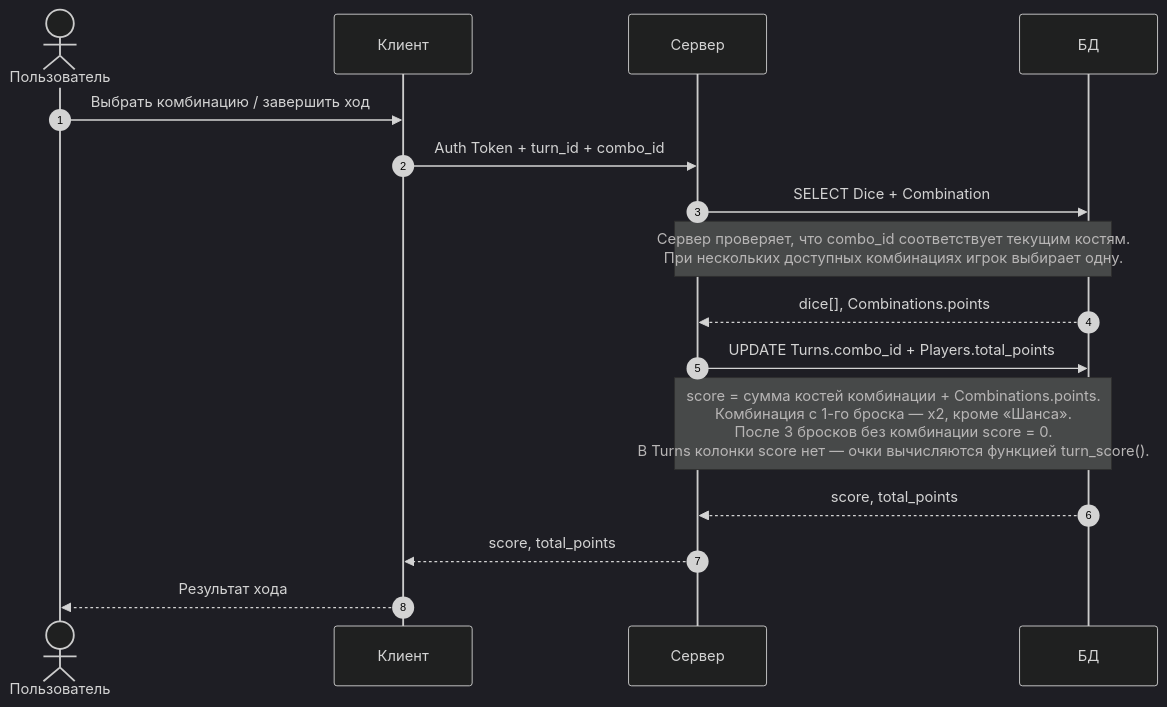
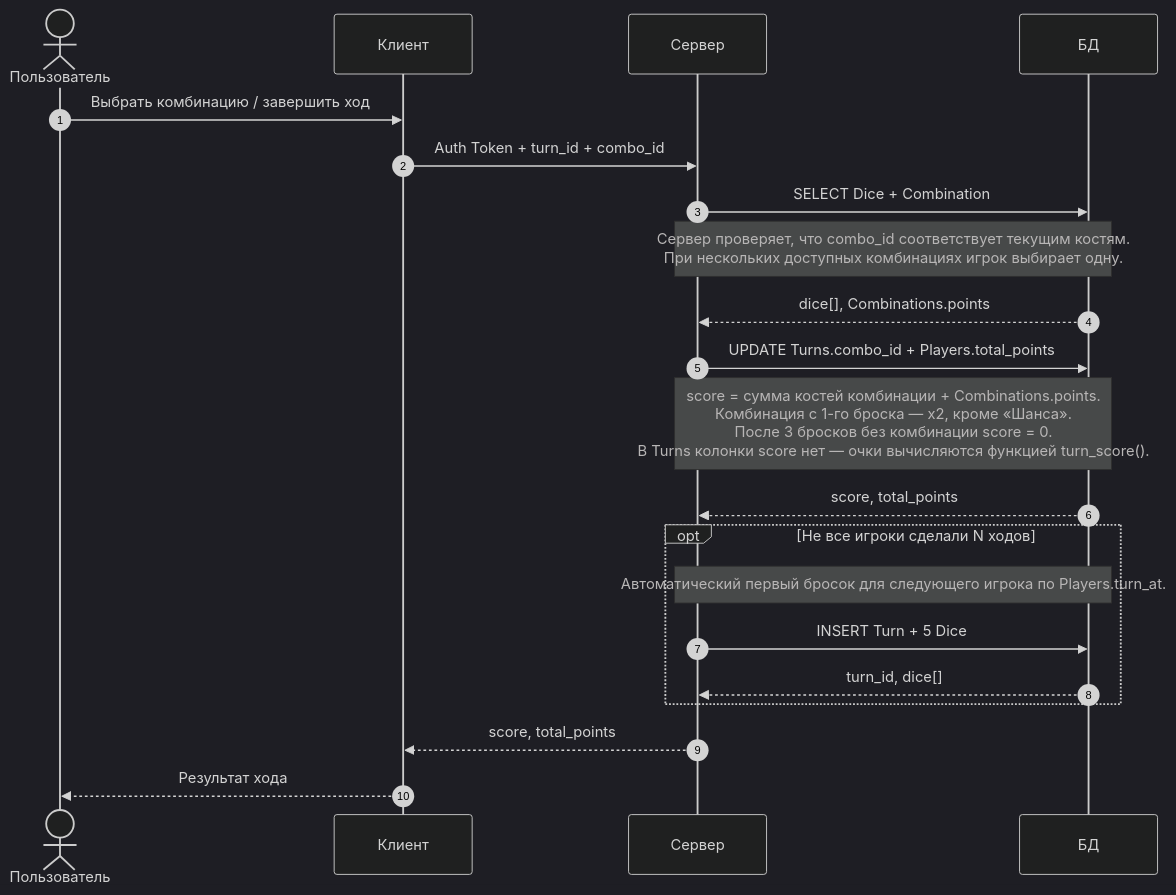
Before and after one commit to seventwogth/databases-itmo: the tenth of 12 diagrams in docs/api-schema.md, drawn with Mermaid (dark theme). The commit also changed other lines of this file and 1 other file, not shown here.

First line of the commit message:
docs: merge game start and first dice throw into one request

````diff
--- a/docs/api-schema.md
+++ b/docs/api-schema.md
@@ -213,19 +199,24 @@
 ```mermaid
 sequenceDiagram
     autonumber
     actor U as Пользователь
     participant C as Клиент
     participant S as Сервер
     participant DB as БД
 
     U->>C: Выбрать комбинацию / завершить ход
     C->>S: Auth Token + turn_id + combo_id
     S->>DB: SELECT Dice + Combination
     Note over S,DB: Сервер проверяет, что combo_id соответствует текущим костям.<br/>При нескольких доступных комбинациях игрок выбирает одну.
     DB-->>S: dice[], Combinations.points
     S->>DB: UPDATE Turns.combo_id + Players.total_points
     Note over S,DB: score = сумма костей комбинации + Combinations.points.<br/>Комбинация с 1-го броска — x2, кроме «Шанса».<br/>После 3 бросков без комбинации score = 0.<br/>В Turns колонки score нет — очки вычисляются функцией turn_score().
     DB-->>S: score, total_points
+    opt Не все игроки сделали N ходов
+        Note over S,DB: Автоматический первый бросок для следующего игрока по Players.turn_at.
+        S->>DB: INSERT Turn + 5 Dice
+        DB-->>S: turn_id, dice[]
+    end
     S-->>C: score, total_points
     C-->>U: Результат хода
 ```
````
